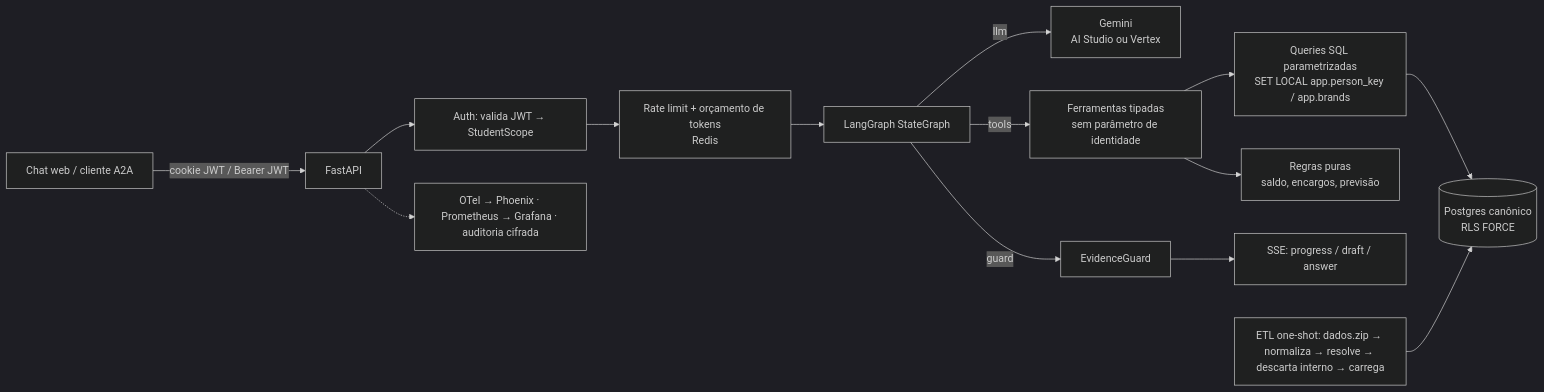
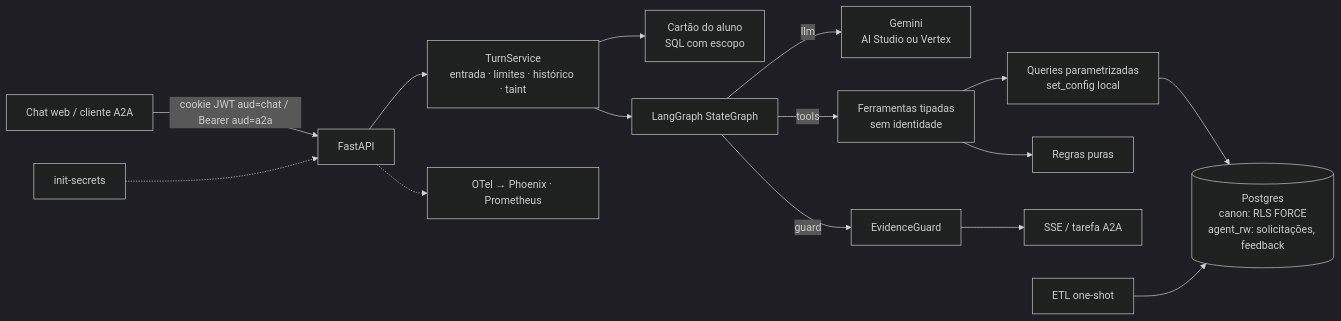
The diagram in docs/superpowers/specs/2026-11-03-agente-atendimento-aluno-design.md (MiguelSanzBr/student-agent), drawn with Mermaid (dark theme) before and after one commit. The commit also changed other lines of this file and 1 other file, not shown here.

````diff
--- a/docs/superpowers/specs/2026-11-03-agente-atendimento-aluno-design.md
+++ b/docs/superpowers/specs/2026-11-03-agente-atendimento-aluno-design.md
@@ -90,16 +95,17 @@
 ```mermaid
 flowchart LR
-  U[Chat web / cliente A2A] -- "cookie JWT / Bearer JWT" --> API[FastAPI]
-  API --> AUTH[Auth: valida JWT → StudentScope]
-  AUTH --> RL[Rate limit + orçamento de tokens<br/>Redis]
-  RL --> G[LangGraph StateGraph]
+  U[Chat web / cliente A2A] -- "cookie JWT aud=chat / Bearer aud=a2a" --> API[FastAPI]
+  API --> TS[TurnService<br/>entrada · limites · histórico · taint]
+  TS --> CARD[Cartão do aluno<br/>SQL com escopo]
+  TS --> G[LangGraph StateGraph]
   G -->|llm| GEM[Gemini<br/>AI Studio ou Vertex]
-  G -->|tools| T[Ferramentas tipadas<br/>sem parâmetro de identidade]
-  T --> Q[Queries SQL parametrizadas<br/>SET LOCAL app.person_key / app.brands]
-  Q --> PG[(Postgres canônico<br/>RLS FORCE)]
-  T --> R[Regras puras<br/>saldo, encargos, previsão]
+  G -->|tools| T[Ferramentas tipadas<br/>sem identidade]
+  T --> Q[Queries parametrizadas<br/>set_config local]
+  Q --> PG[(Postgres<br/>canon: RLS FORCE<br/>agent_rw: solicitações, feedback)]
+  T --> R[Regras puras]
   G -->|guard| EG[EvidenceGuard]
-  EG --> SSE[SSE: progress / draft / answer]
-  API -.-> OBS[OTel → Phoenix · Prometheus → Grafana · auditoria cifrada]
-  ETL[ETL one-shot: dados.zip → normaliza → resolve → descarta interno → carrega] --> PG
+  EG --> OUT[SSE / tarefa A2A]
+  API -.-> OBS[OTel → Phoenix · Prometheus]
+  SEC[init-secrets] -.-> API
+  ETL[ETL one-shot] --> PG
 ```
````
